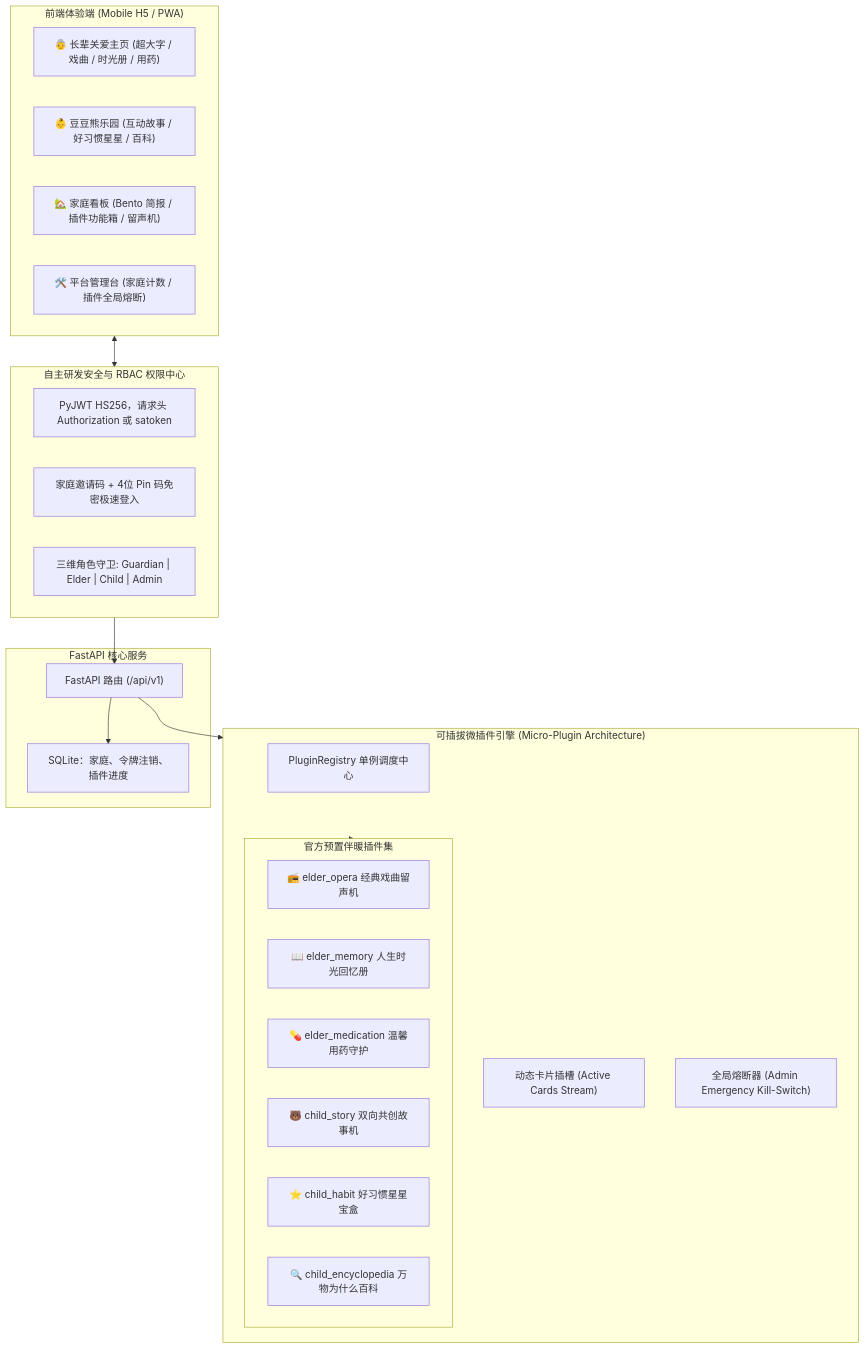
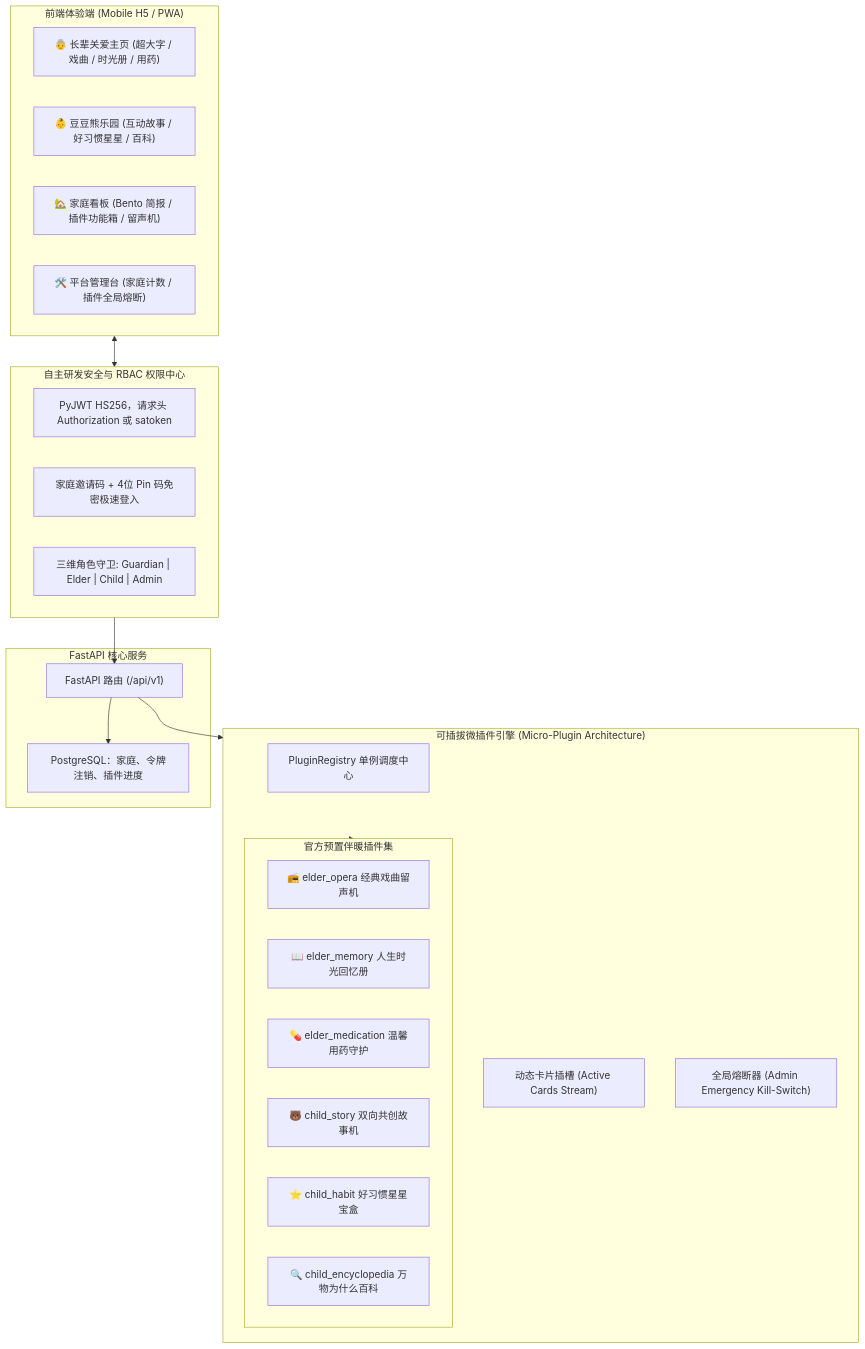
Before and after one commit to zhangqi77ok-sys/tiancode: the diagram in README.md, drawn with Mermaid. The commit also changed other lines of this file and 21 other files, not shown here.

First line of the commit message:
fix: store family data in PostgreSQL instead of SQLite

````diff
--- a/README.md
+++ b/README.md
@@ -61,40 +61,40 @@
 ```mermaid
 flowchart TD
     subgraph Client ["前端体验端 (Mobile H5 / PWA)"]
         ElderView["👵 长辈关爱主页 (超大字 / 戏曲 / 时光册 / 用药)"]
         ChildView["👶 豆豆熊乐园 (互动故事 / 好习惯星星 / 百科)"]
         FamilyView["🏡 家庭看板 (Bento 简报 / 插件功能箱 / 留声机)"]
         AdminView["🛠️ 平台管理台 (家庭计数 / 插件全局熔断)"]
     end
 
     subgraph Security ["自主研发安全与 RBAC 权限中心"]
         JWT["PyJWT HS256，请求头 Authorization 或 satoken"]
         PinAuth["家庭邀请码 + 4位 Pin 码免密极速登入"]
         RBAC["三维角色守卫: Guardian | Elder | Child | Admin"]
     end
 
     subgraph Plugins ["可插拔微插件引擎 (Micro-Plugin Architecture)"]
         Registry["PluginRegistry 单例调度中心"]
         Slot["动态卡片插槽 (Active Cards Stream)"]
         KillSwitch["全局熔断器 (Admin Emergency Kill-Switch)"]
         subgraph Builtin ["官方预置伴暖插件集"]
             P1["📻 elder_opera 经典戏曲留声机"]
             P2["📖 elder_memory 人生时光回忆册"]
             P3["💊 elder_medication 温馨用药守护"]
             P4["🐻 child_story 双向共创故事机"]
             P5["⭐ child_habit 好习惯星星宝盒"]
             P6["🔍 child_encyclopedia 万物为什么百科"]
         end
     end
 
     subgraph Backend ["FastAPI 核心服务"]
         API["FastAPI 路由 (/api/v1)"]
-        DB["SQLite：家庭、令牌注销、插件进度"]
+        DB["PostgreSQL：家庭、令牌注销、插件进度"]
     end
 
     Client <--> Security
     Security --> API
     API --> Plugins
     Plugins --> Builtin
     API --> DB
 ```
````
